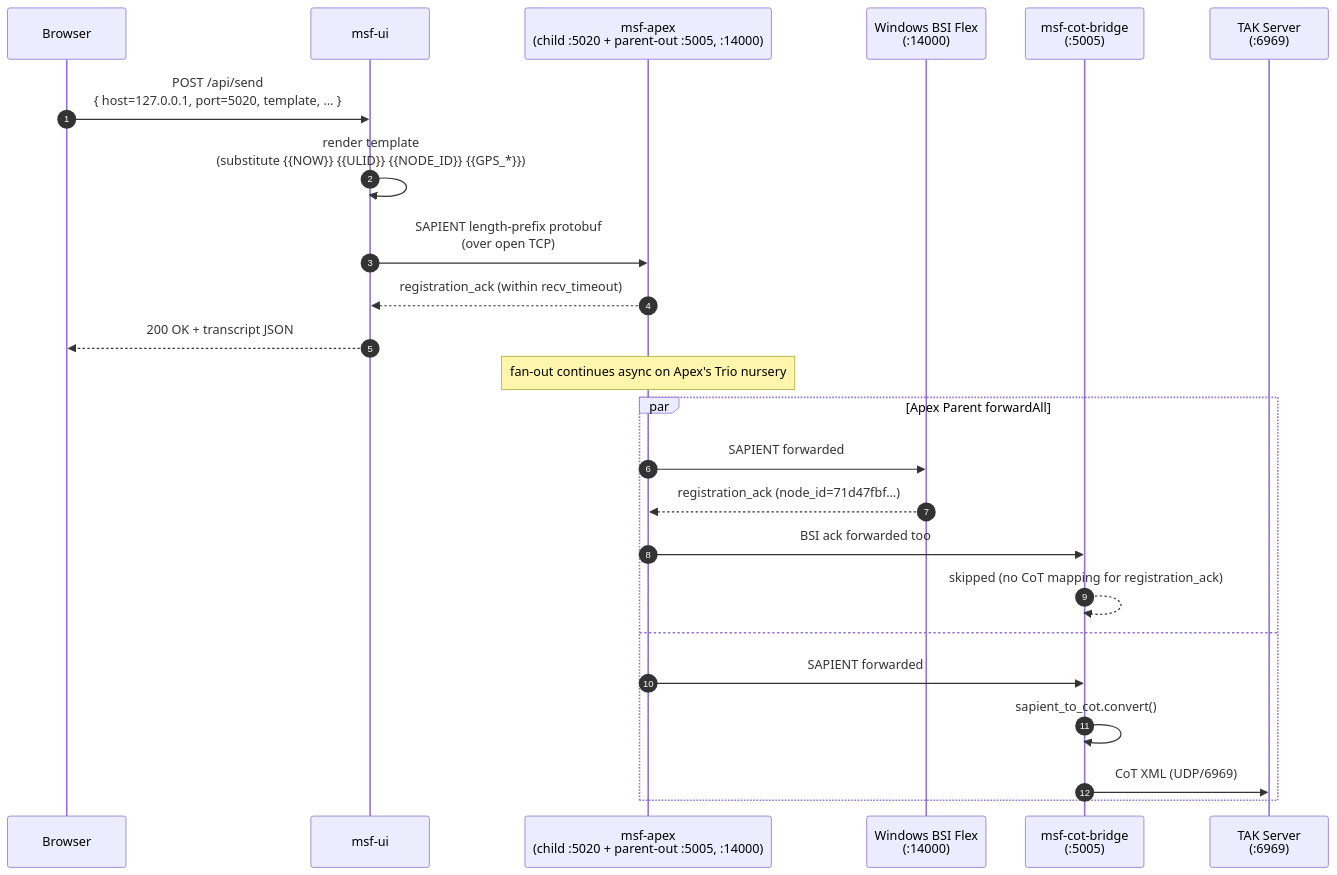
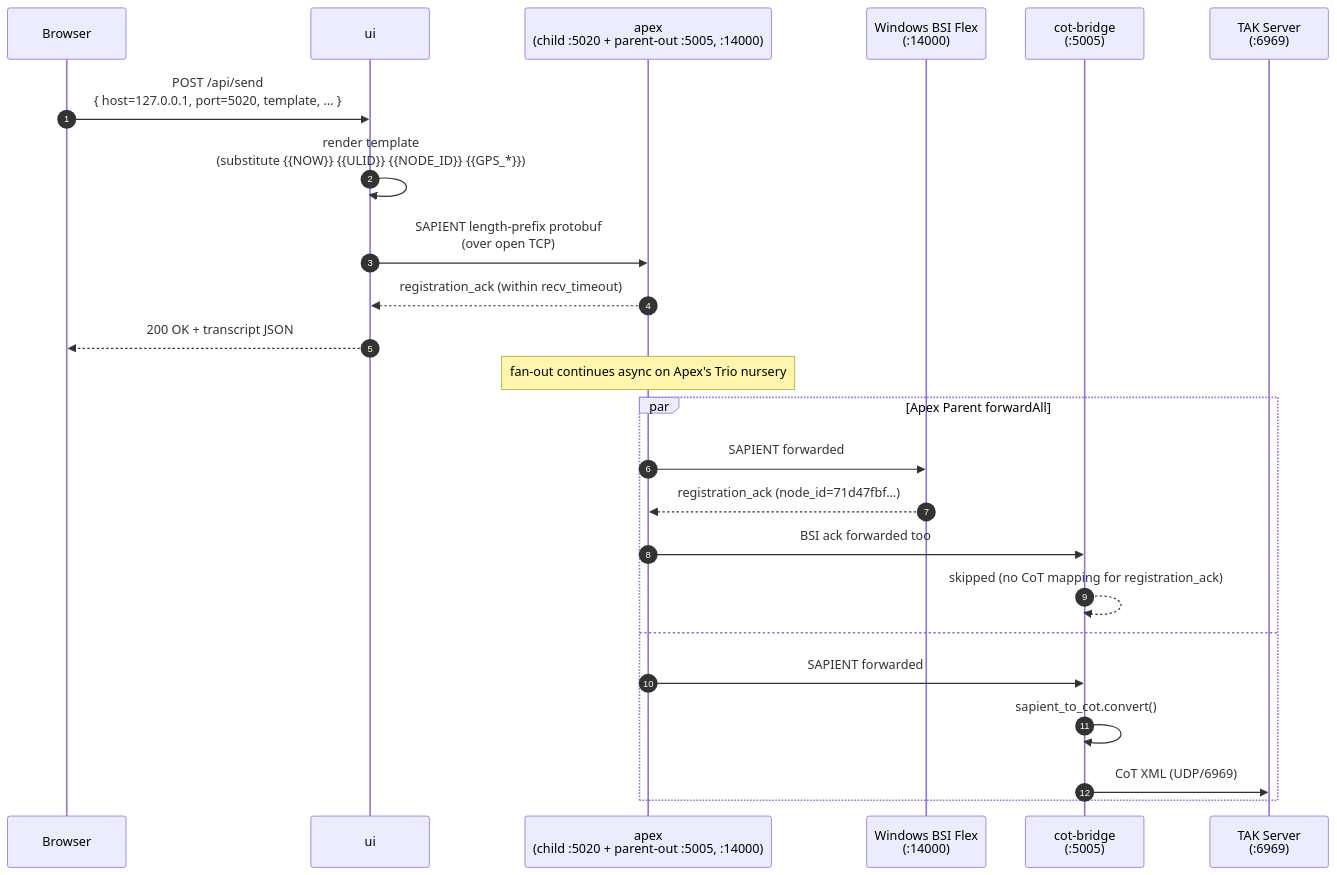
Before and after one commit to vinayakkankanwadi/multi-sensor-fusion: the third of 12 diagrams in Architecture.md, drawn with Mermaid. The commit also changed other lines of this file and 29 other files, not shown here.

````diff
--- a/Architecture.md
+++ b/Architecture.md
@@ -146,28 +146,28 @@
 ```mermaid
 sequenceDiagram
     autonumber
     participant B as Browser
-    participant UI as msf-ui
-    participant A as msf-apex<br/>(child :5020 + parent-out :5005, :14000)
+    participant UI as ui
+    participant A as apex<br/>(child :5020 + parent-out :5005, :14000)
     participant W as Windows BSI Flex<br/>(:14000)
-    participant C as msf-cot-bridge<br/>(:5005)
+    participant C as cot-bridge<br/>(:5005)
     participant T as TAK Server<br/>(:6969)
 
     B->>UI: POST /api/send<br/>{ host=127.0.0.1, port=5020, template, … }
     UI->>UI: render template<br/>(substitute {{NOW}} {{ULID}} {{NODE_ID}} {{GPS_*}})
     UI->>A: SAPIENT length-prefix protobuf<br/>(over open TCP)
     A-->>UI: registration_ack (within recv_timeout)
     UI-->>B: 200 OK + transcript JSON
 
     Note over A: fan-out continues async on Apex's Trio nursery
     par Apex Parent forwardAll
         A->>W: SAPIENT forwarded
         W-->>A: registration_ack (node_id=71d47fbf…)
         A->>C: BSI ack forwarded too
         C-->>C: skipped (no CoT mapping for registration_ack)
     and
         A->>C: SAPIENT forwarded
         C->>C: sapient_to_cot.convert()
         C->>T: CoT XML (UDP/6969)
     end
 ```
````
